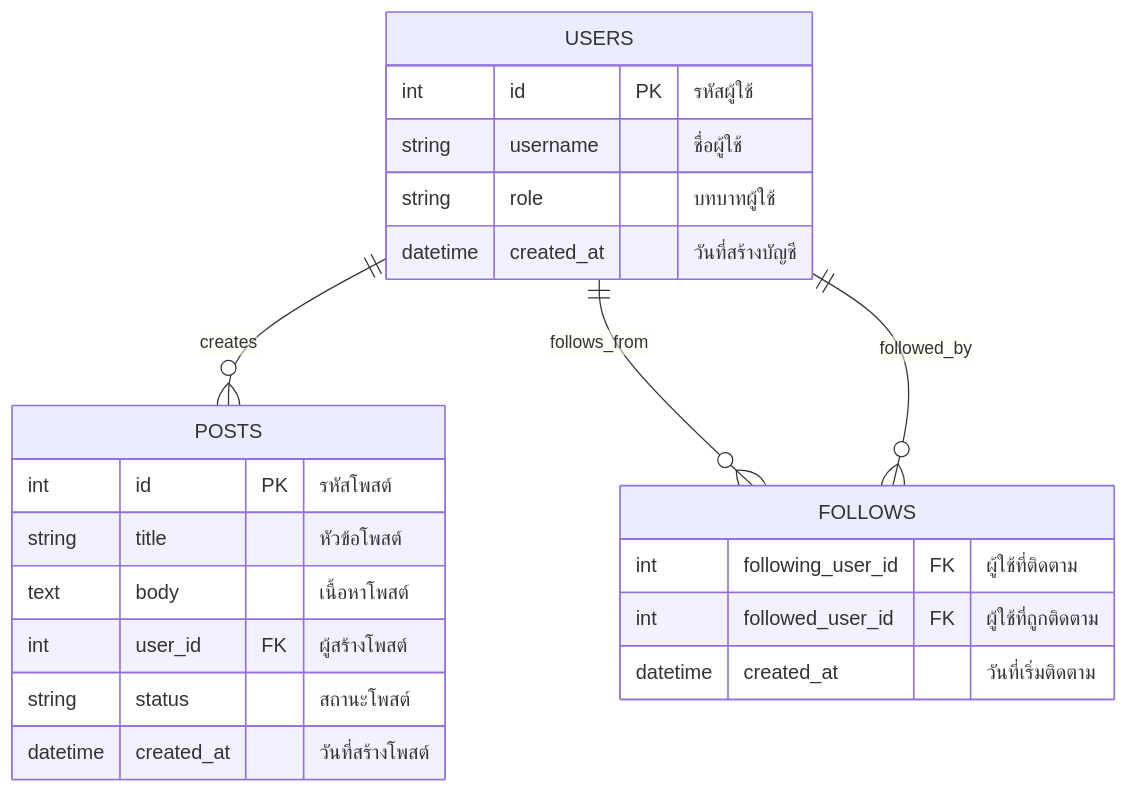
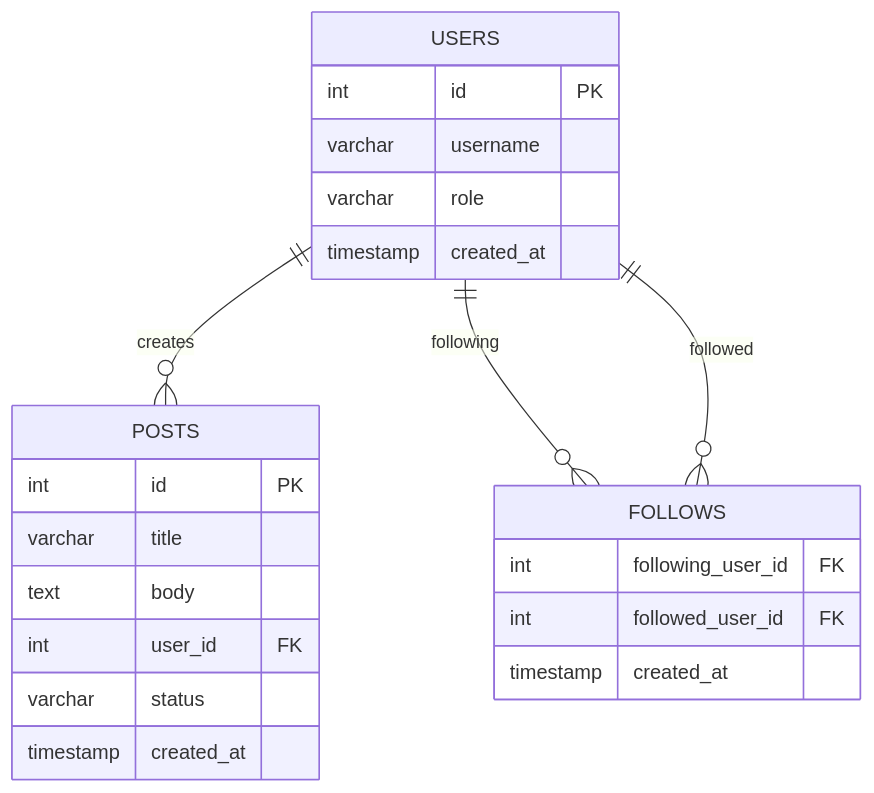
Before and after one commit to paweena2003/entity-documentation-demo: the diagram in forum.mmd, drawn with Mermaid.

```diff
--- a/forum.mmd
+++ b/forum.mmd
@@ -1,26 +1,27 @@
+
 erDiagram
     USERS ||--o{ POSTS : creates
-    USERS ||--o{ FOLLOWS : follows_from
-    USERS ||--o{ FOLLOWS : followed_by
+    USERS ||--o{ FOLLOWS : following
+    USERS ||--o{ FOLLOWS : followed
 
     USERS {
-        int id PK "รหัสผู้ใช้"
-        string username "ชื่อผู้ใช้"
-        string role "บทบาทผู้ใช้"
-        datetime created_at "วันที่สร้างบัญชี"
+        int id PK
+        varchar username
+        varchar role
+        timestamp created_at
     }
 
     POSTS {
-        int id PK "รหัสโพสต์"
-        string title "หัวข้อโพสต์"
-        text body "เนื้อหาโพสต์"
-        int user_id FK "ผู้สร้างโพสต์"
-        string status "สถานะโพสต์"
-        datetime created_at "วันที่สร้างโพสต์"
+        int id PK
+        varchar title
+        text body
+        int user_id FK
+        varchar status
+        timestamp created_at
     }
 
     FOLLOWS {
-        int following_user_id FK "ผู้ใช้ที่ติดตาม"
-        int followed_user_id FK "ผู้ใช้ที่ถูกติดตาม"
-        datetime created_at "วันที่เริ่มติดตาม"
+        int following_user_id FK
+        int followed_user_id FK
+        timestamp created_at
     }
```
